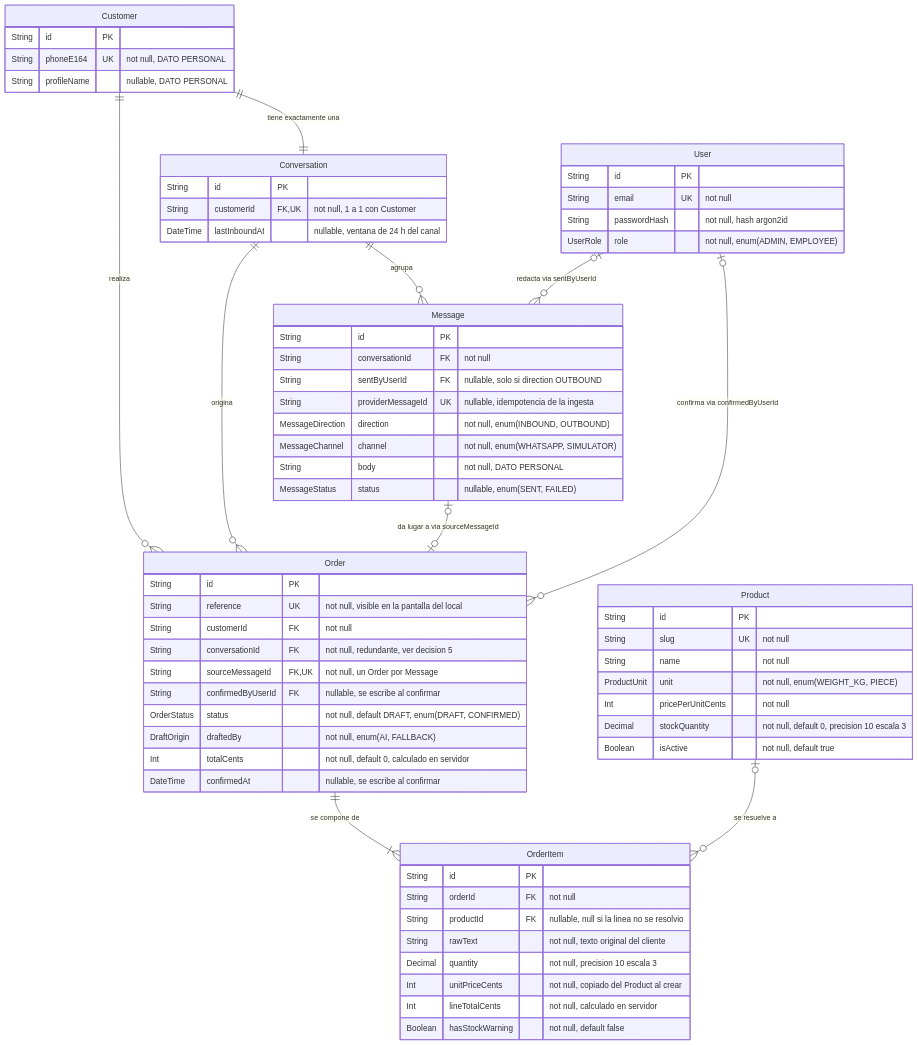
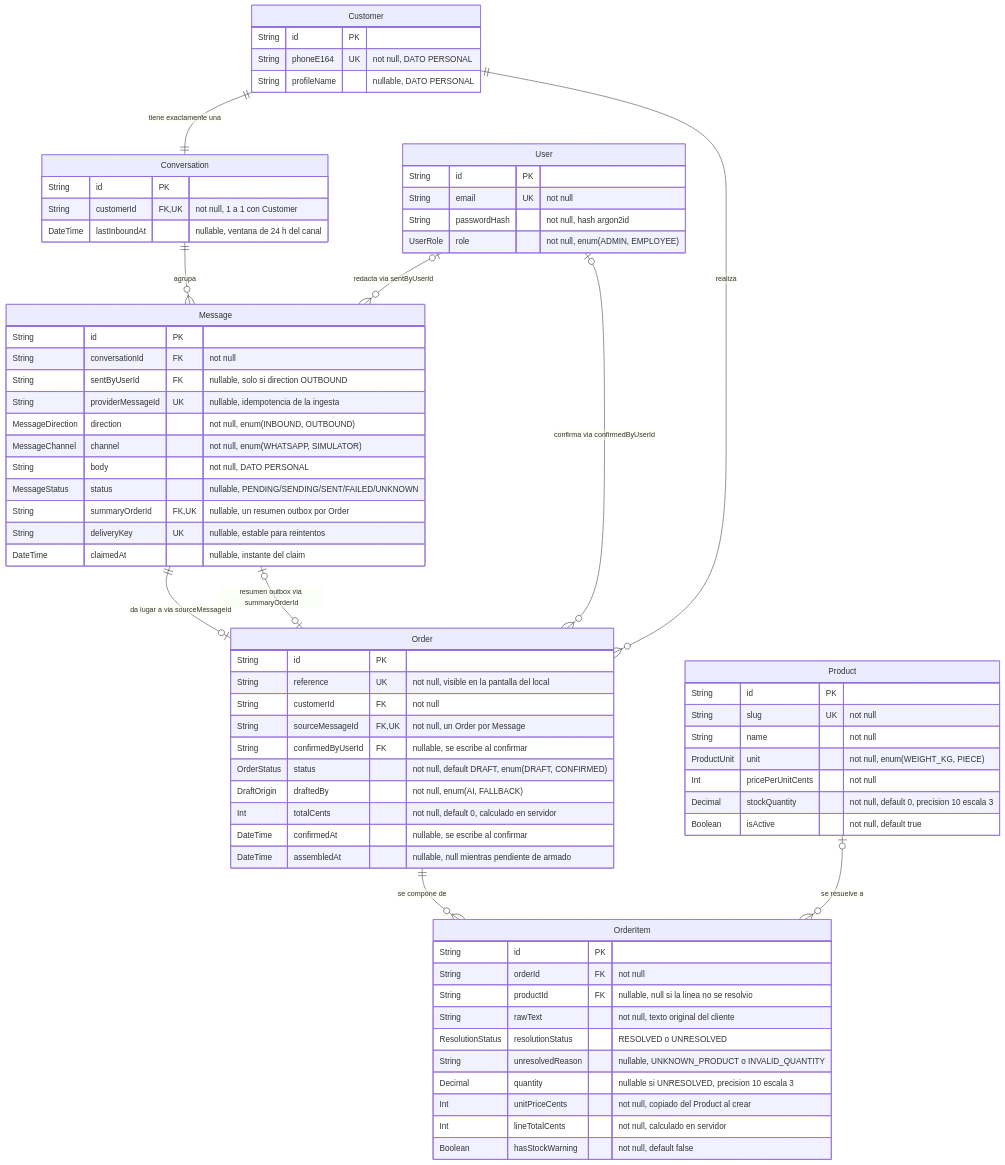
The sixth of 7 diagrams in readme.md (fedewagner/SRS-Carnik), drawn with Mermaid before and after one commit. The commit also changed other lines of this file and 8 other files, not shown here.

````diff
--- a/readme.md
+++ b/readme.md
@@ -810,76 +812,81 @@
 ```mermaid
 erDiagram
     Customer     ||--|| Conversation : "tiene exactamente una"
     Conversation ||--o{ Message      : "agrupa"
     User         |o--o{ Message      : "redacta via sentByUserId"
     Customer     ||--o{ Order        : "realiza"
-    Conversation ||--o{ Order        : "origina"
-    Message      |o--o| Order        : "da lugar a via sourceMessageId"
+    Message      ||--o| Order        : "da lugar a via sourceMessageId"
+    Order        |o--o| Message      : "resumen outbox via summaryOrderId"
     User         |o--o{ Order        : "confirma via confirmedByUserId"
-    Order        ||--|{ OrderItem    : "se compone de"
+    Order        ||--o{ OrderItem    : "se compone de"
     Product      |o--o{ OrderItem    : "se resuelve a"
 
     User {
         String id PK
         String email UK "not null"
         String passwordHash "not null, hash argon2id"
         UserRole role "not null, enum(ADMIN, EMPLOYEE)"
     }
 
     Customer {
         String id PK
         String phoneE164 UK "not null, DATO PERSONAL"
         String profileName "nullable, DATO PERSONAL"
     }
 
     Conversation {
         String id PK
         String customerId FK, UK "not null, 1 a 1 con Customer"
         DateTime lastInboundAt "nullable, ventana de 24 h del canal"
     }
 
     Message {
         String id PK
         String conversationId FK "not null"
         String sentByUserId FK "nullable, solo si direction OUTBOUND"
         String providerMessageId UK "nullable, idempotencia de la ingesta"
         MessageDirection direction "not null, enum(INBOUND, OUTBOUND)"
         MessageChannel channel "not null, enum(WHATSAPP, SIMULATOR)"
         String body "not null, DATO PERSONAL"
-        MessageStatus status "nullable, enum(SENT, FAILED)"
+        MessageStatus status "nullable, PENDING/SENDING/SENT/FAILED/UNKNOWN"
+        String summaryOrderId FK, UK "nullable, un resumen outbox por Order"
+        String deliveryKey UK "nullable, estable para reintentos"
+        DateTime claimedAt "nullable, instante del claim"
     }
 
     Order {
         String id PK
         String reference UK "not null, visible en la pantalla del local"
         String customerId FK "not null"
-        String conversationId FK "not null, redundante, ver decision 5"
         String sourceMessageId FK, UK "not null, un Order por Message"
         String confirmedByUserId FK "nullable, se escribe al confirmar"
         OrderStatus status "not null, default DRAFT, enum(DRAFT, CONFIRMED)"
         DraftOrigin draftedBy "not null, enum(AI, FALLBACK)"
         Int totalCents "not null, default 0, calculado en servidor"
         DateTime confirmedAt "nullable, se escribe al confirmar"
+        DateTime assembledAt "nullable, null mientras pendiente de armado"
     }
 
     OrderItem {
         String id PK
         String orderId FK "not null"
         String productId FK "nullable, null si la linea no se resolvio"
         String rawText "not null, texto original del cliente"
-        Decimal quantity "not null, precision 10 escala 3"
+        ResolutionStatus resolutionStatus "RESOLVED o UNRESOLVED"
+        String unresolvedReason "nullable, UNKNOWN_PRODUCT o INVALID_QUANTITY"
+        Decimal quantity "nullable si UNRESOLVED, precision 10 escala 3"
         Int unitPriceCents "not null, copiado del Product al crear"
         Int lineTotalCents "not null, calculado en servidor"
         Boolean hasStockWarning "not null, default false"
     }
 
     Product {
         String id PK
         String slug UK "not null"
         String name "not null"
         ProductUnit unit "not null, enum(WEIGHT_KG, PIECE)"
         Int pricePerUnitCents "not null"
         Decimal stockQuantity "not null, default 0, precision 10 escala 3"
         Boolean isActive "not null, default true"
     }
 ```
````
